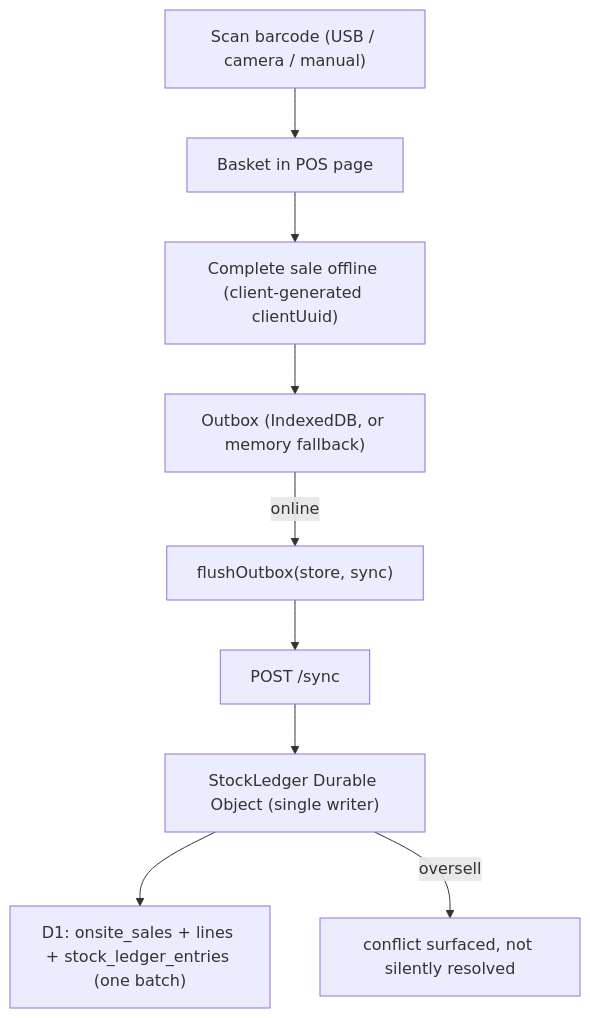
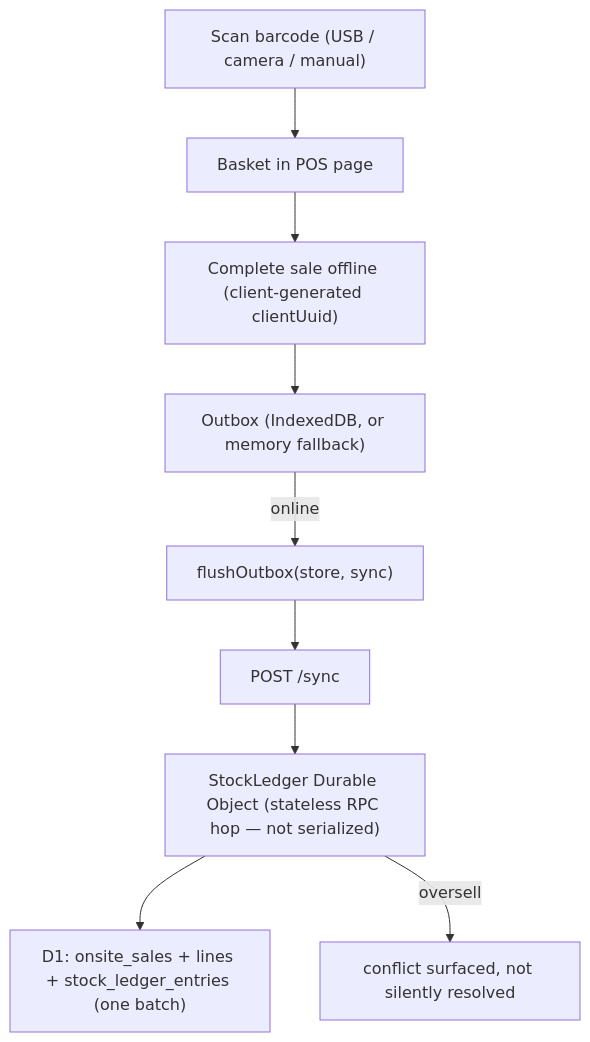
The diagram in docs/MODULE_POS_AND_SYNC.md (ladykirsah/Kira.office), drawn with Mermaid before and after one commit. The commit also changed other lines of this file and 30 other files, not shown here.

````diff
--- a/docs/MODULE_POS_AND_SYNC.md
+++ b/docs/MODULE_POS_AND_SYNC.md
@@ -20,11 +20,11 @@
 ```mermaid
 flowchart TD
   Scan["Scan barcode (USB / camera / manual)"] --> Basket["Basket in POS page"]
   Basket --> Sale["Complete sale offline (client-generated clientUuid)"]
   Sale --> Q["Outbox (IndexedDB, or memory fallback)"]
   Q -->|online| Flush["flushOutbox(store, sync)"]
   Flush --> Sync["POST /sync"]
-  Sync --> DO["StockLedger Durable Object (single writer)"]
+  Sync --> DO["StockLedger Durable Object (stateless RPC hop — not serialized)"]
   DO --> D1["D1: onsite_sales + lines + stock_ledger_entries (one batch)"]
   DO -->|oversell| Conflict["conflict surfaced, not silently resolved"]
 ```
````
